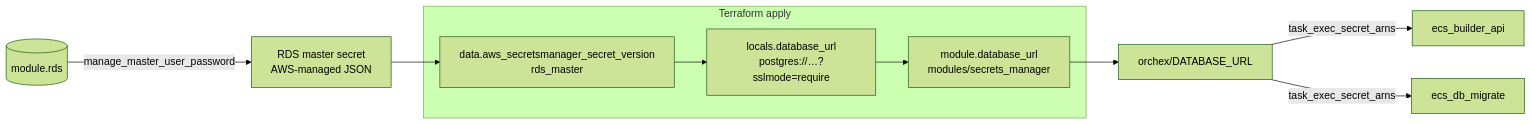
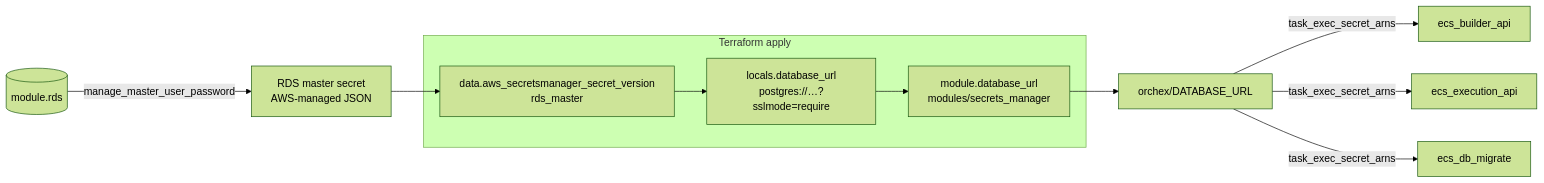
One commit to Nabhag8848/orchex changed the second of 3 diagrams in infra/README.md. Above: the diagram before and after it, drawn with Mermaid (forest theme). The commit also changed other lines of this file and 4 other files, not shown here.

First line of the commit message:
Route builder and execution through ALB path rules and run execution on ECS.

````diff
--- a/infra/README.md
+++ b/infra/README.md
@@ -156,20 +165,21 @@
 ```mermaid
 flowchart LR
   subgraph tf["Terraform apply"]
     DS["data.aws_secretsmanager_secret_version<br/>rds_master"]
     LOC["locals.database_url<br/>postgres://…?sslmode=require"]
     MOD["module.database_url<br/>modules/secrets_manager"]
   end
 
   RDS[("module.rds")]
   MASTER["RDS master secret<br/>AWS-managed JSON"]
   APPURL["orchex/DATABASE_URL"]
 
   RDS -->|manage_master_user_password| MASTER
   MASTER --> DS
   DS --> LOC
   LOC --> MOD
   MOD --> APPURL
   APPURL -->|task_exec_secret_arns| API["ecs_builder_api"]
+  APPURL -->|task_exec_secret_arns| EX["ecs_execution_api"]
   APPURL -->|task_exec_secret_arns| MIG["ecs_db_migrate"]
 ```
````
